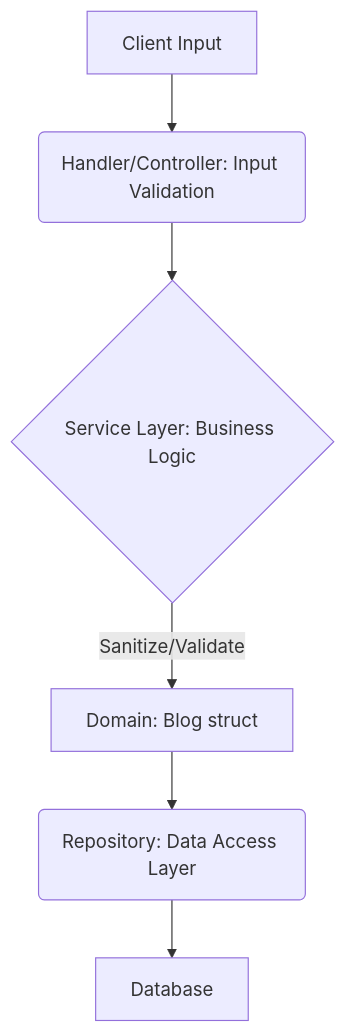
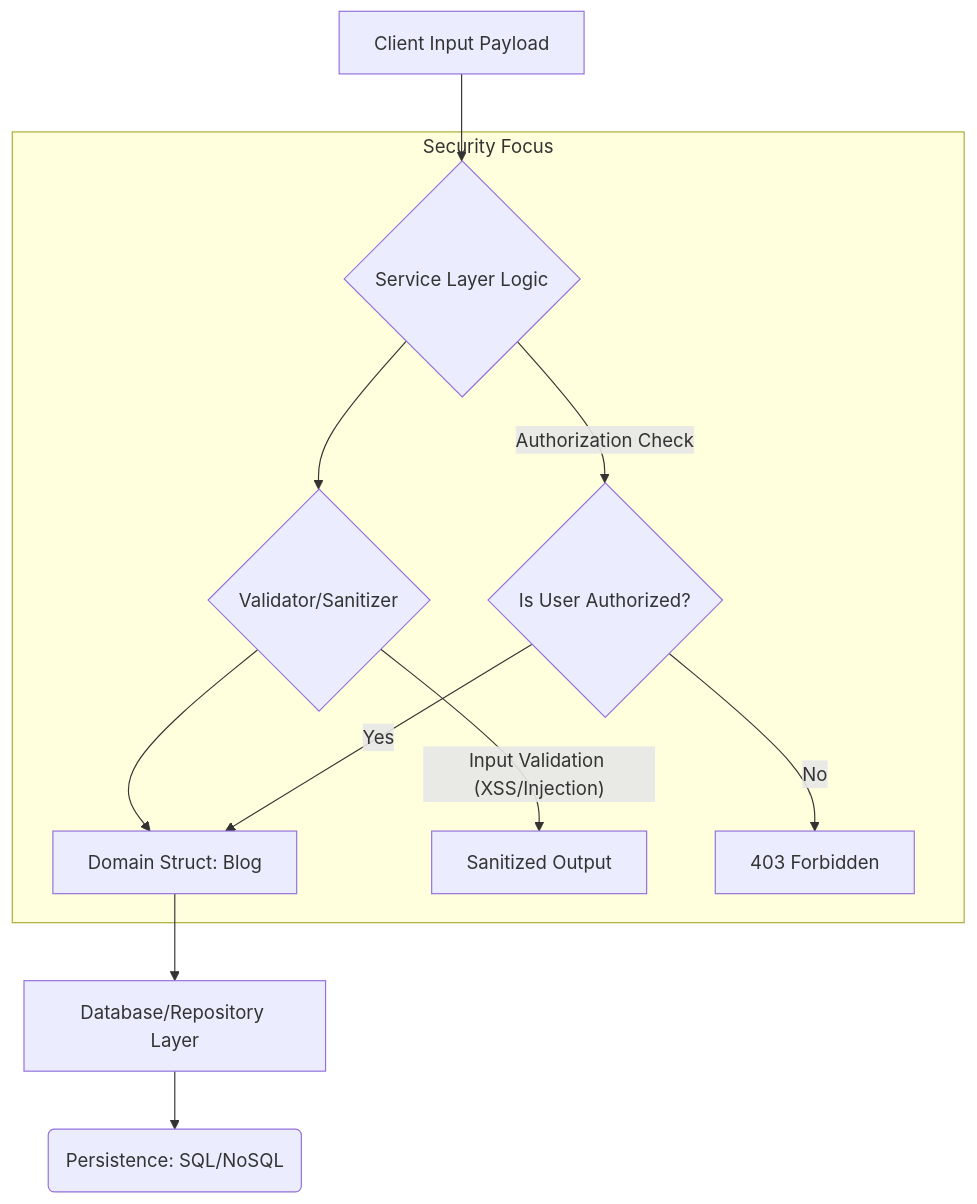
Before and after one commit to phungh67/lokask: the diagram in security/lokask-backend/backend/internal/domain/blog.md, drawn with Mermaid. The commit also changed other lines of this file and 73 other files, not shown here.

````diff
--- a/security/lokask-backend/backend/internal/domain/blog.md
+++ b/security/lokask-backend/backend/internal/domain/blog.md
@@ -74,8 +59,15 @@
 ```mermaid
 graph TD
-    A[Client Input] --> B(Handler/Controller: Input Validation);
-    B --> C{Service Layer: Business Logic};
-    C -- Sanitize/Validate --> D[Domain: Blog struct];
-    D --> E(Repository: Data Access Layer);
-    E --> F[Database];
+    A[Client Input Payload] --> B{Service Layer Logic};
+    B --> C{Validator/Sanitizer};
+    C --> D[Domain Struct: Blog];
+    D --> E[Database/Repository Layer];
+    E --> F(Persistence: SQL/NoSQL);
+    
+    subgraph Security Focus
+        C -- Input Validation (XSS/Injection) --> G[Sanitized Output];
+        B -- Authorization Check --> H{Is User Authorized?};
+        H -- Yes --> D;
+        H -- No --> Z[403 Forbidden];
+    end
 ```
````
